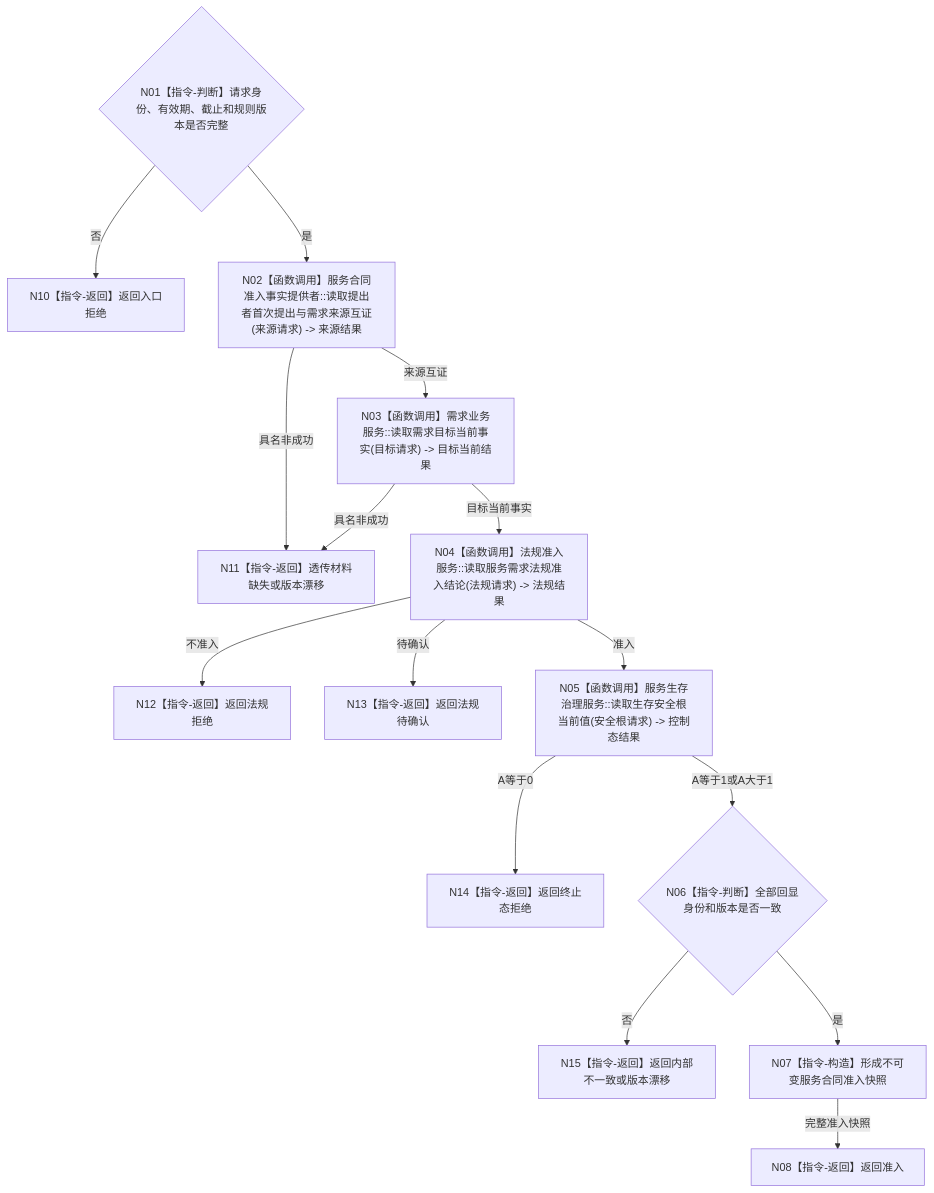
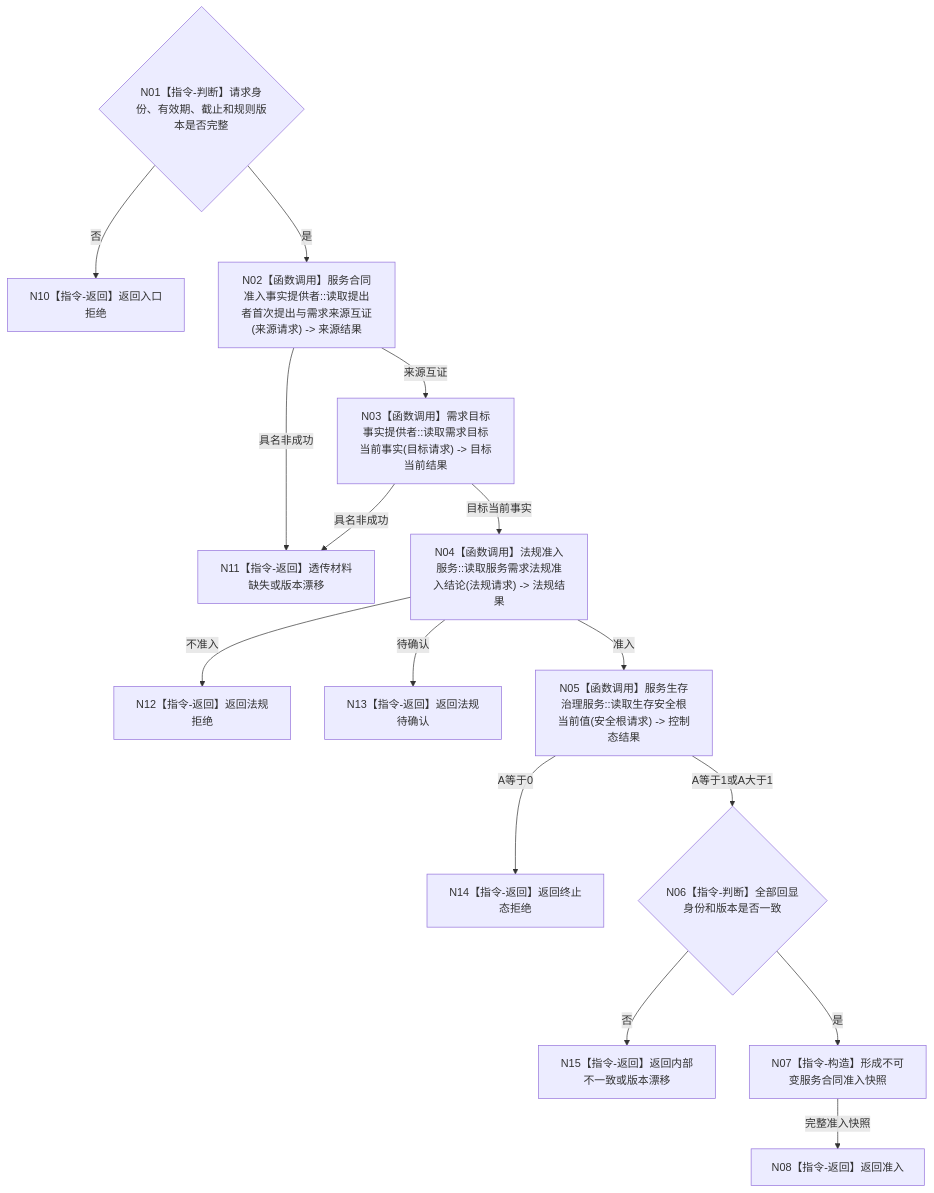
Before and after one commit to chunhaizh-cyber/HY-Ego: the diagram in 流程图/目标业务流程图/L3/BIZ-L3-003-04-01_复核服务需求与法规准入_目标函数流程图_v0.1.md, drawn with Mermaid. The commit also changed other lines of this file and 10 other files, not shown here.

````diff
--- a/流程图/目标业务流程图/L3/BIZ-L3-003-04-01_复核服务需求与法规准入_目标函数流程图_v0.1.md
+++ b/流程图/目标业务流程图/L3/BIZ-L3-003-04-01_复核服务需求与法规准入_目标函数流程图_v0.1.md
@@ -30,17 +30,17 @@
 ```mermaid
 flowchart TD
     N01{"N01【指令-判断】请求身份、有效期、截止和规则版本是否完整"} -->|否| N10["N10【指令-返回】返回入口拒绝"]
     N01 -->|是| N02["N02【函数调用】服务合同准入事实提供者::读取提出者首次提出与需求来源互证(来源请求) -> 来源结果"]
     N02 -->|具名非成功| N11["N11【指令-返回】透传材料缺失或版本漂移"]
-    N02 -->|来源互证| N03["N03【函数调用】需求业务服务::读取需求目标当前事实(目标请求) -> 目标当前结果"]
+    N02 -->|来源互证| N03["N03【函数调用】需求目标事实提供者::读取需求目标当前事实(目标请求) -> 目标当前结果"]
     N03 -->|具名非成功| N11
     N03 -->|目标当前事实| N04["N04【函数调用】法规准入服务::读取服务需求法规准入结论(法规请求) -> 法规结果"]
     N04 -->|不准入| N12["N12【指令-返回】返回法规拒绝"]
     N04 -->|待确认| N13["N13【指令-返回】返回法规待确认"]
     N04 -->|准入| N05["N05【函数调用】服务生存治理服务::读取生存安全根当前值(安全根请求) -> 控制态结果"]
     N05 -->|A等于0| N14["N14【指令-返回】返回终止态拒绝"]
     N05 -->|A等于1或A大于1| N06{"N06【指令-判断】全部回显身份和版本是否一致"}
     N06 -->|否| N15["N15【指令-返回】返回内部不一致或版本漂移"]
     N06 -->|是| N07["N07【指令-构造】形成不可变服务合同准入快照"]
     N07 -->|完整准入快照| N08["N08【指令-返回】返回准入"]
 ```
````
